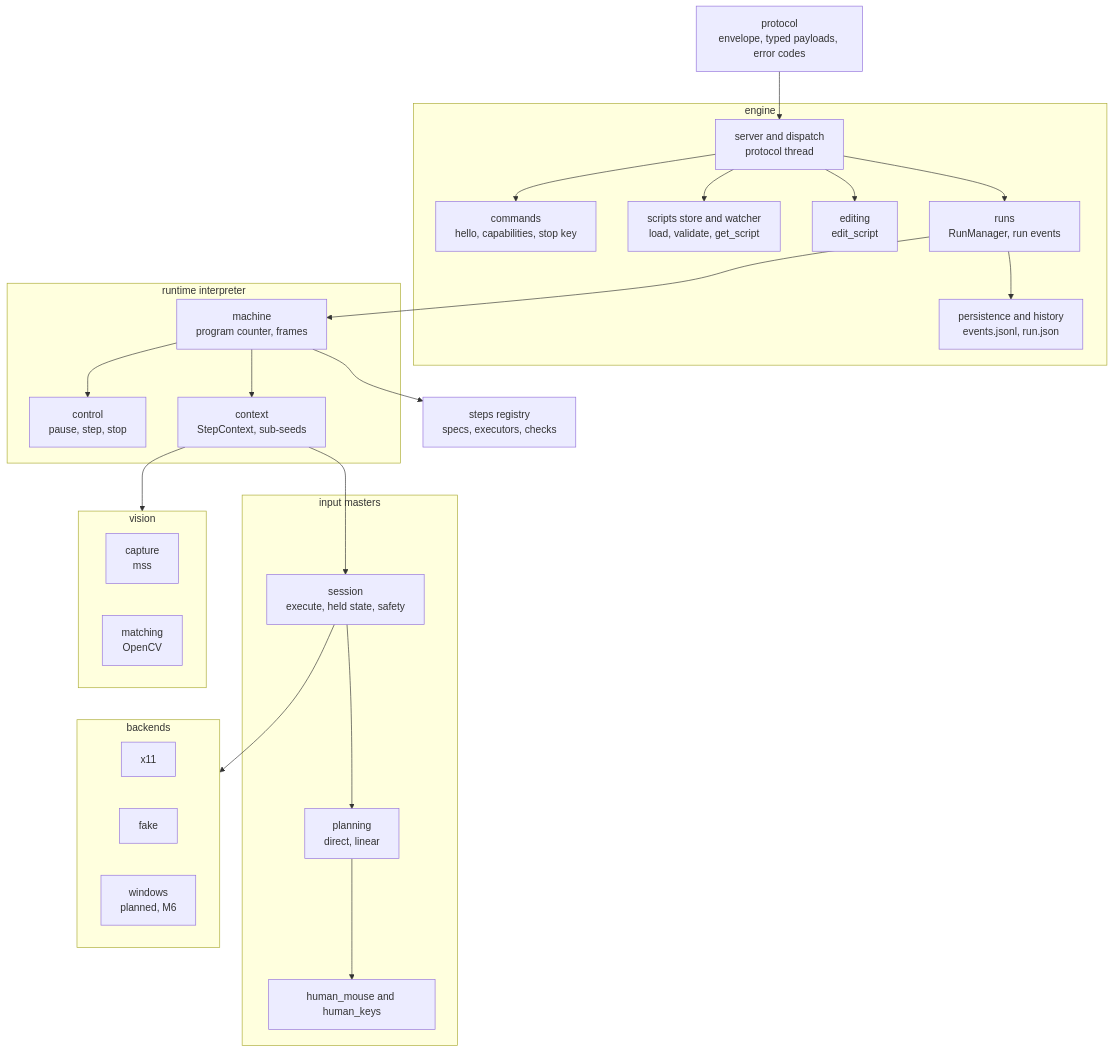
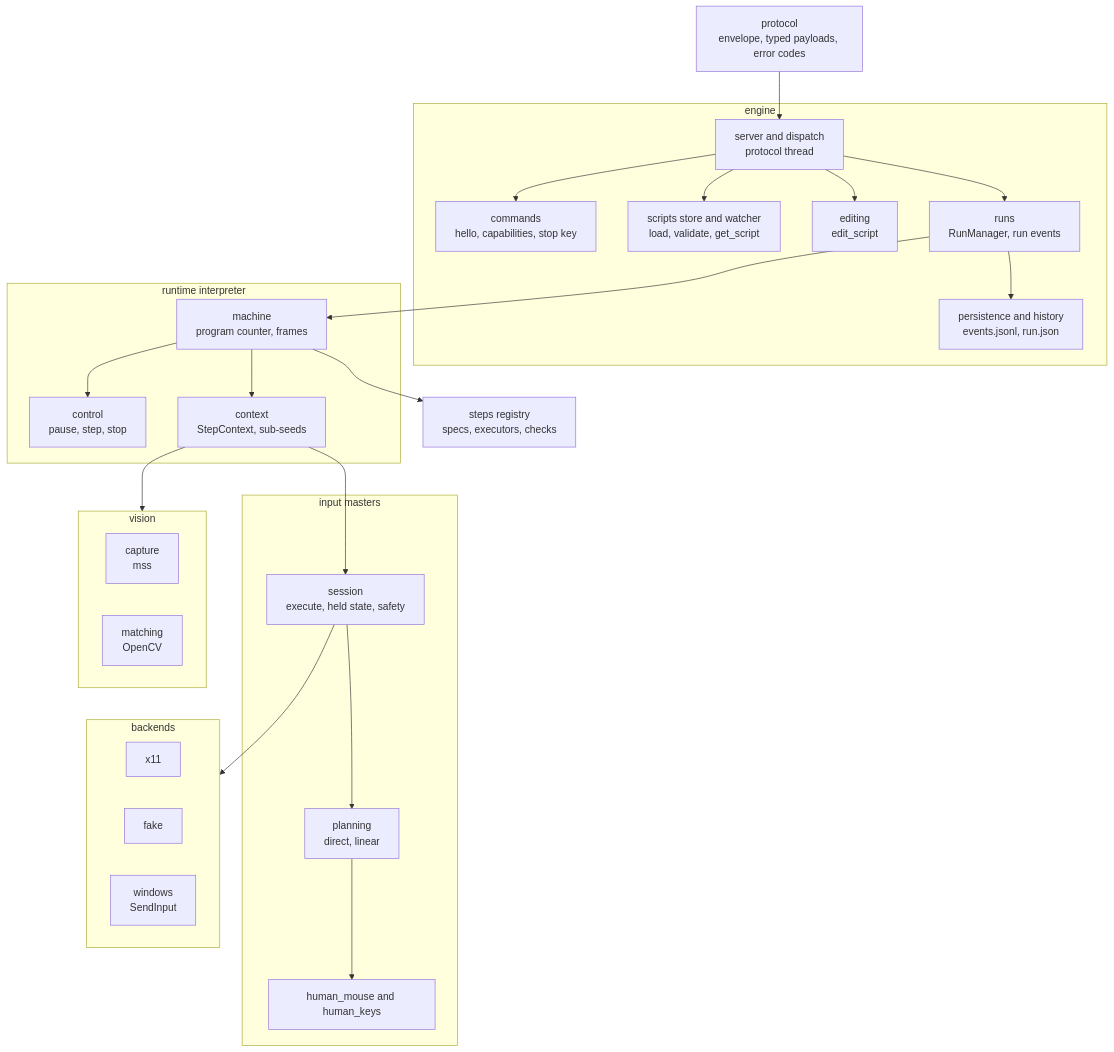
Before and after one commit to esgabo/j5-macro: the second of 3 diagrams in docs/architecture.md, drawn with Mermaid. The commit also changed other lines of this file and 30 other files, not shown here.

````diff
--- a/docs/architecture.md
+++ b/docs/architecture.md
@@ -89,47 +89,47 @@
 ```mermaid
 flowchart TB
   P["protocol<br/>envelope, typed payloads, error codes"]
   subgraph ENG["engine"]
     S["server and dispatch<br/>protocol thread"]
     C["commands<br/>hello, capabilities, stop key"]
     SC["scripts store and watcher<br/>load, validate, get_script"]
     ED["editing<br/>edit_script"]
     RU["runs<br/>RunManager, run events"]
     PH["persistence and history<br/>events.jsonl, run.json"]
   end
   subgraph RT["runtime interpreter"]
     M["machine<br/>program counter, frames"]
     CT["control<br/>pause, step, stop"]
     CX["context<br/>StepContext, sub-seeds"]
   end
   ST["steps registry<br/>specs, executors, checks"]
   subgraph IN["input masters"]
     PL["planning<br/>direct, linear"]
     HM["human_mouse and human_keys"]
     SE["session<br/>execute, held state, safety"]
   end
   subgraph BK["backends"]
     X11["x11"]
     FK["fake"]
-    WIN["windows<br/>planned, M6"]
+    WIN["windows<br/>SendInput"]
   end
   subgraph VI["vision"]
     CAP["capture<br/>mss"]
     MAT["matching<br/>OpenCV"]
   end
   P --> S
   S --> C
   S --> SC
   S --> ED
   S --> RU
   RU --> PH
   RU --> M
   M --> CT
   M --> CX
   M --> ST
   CX --> SE
   CX --> VI
   SE --> PL
   PL --> HM
   SE --> BK
 ```
````
